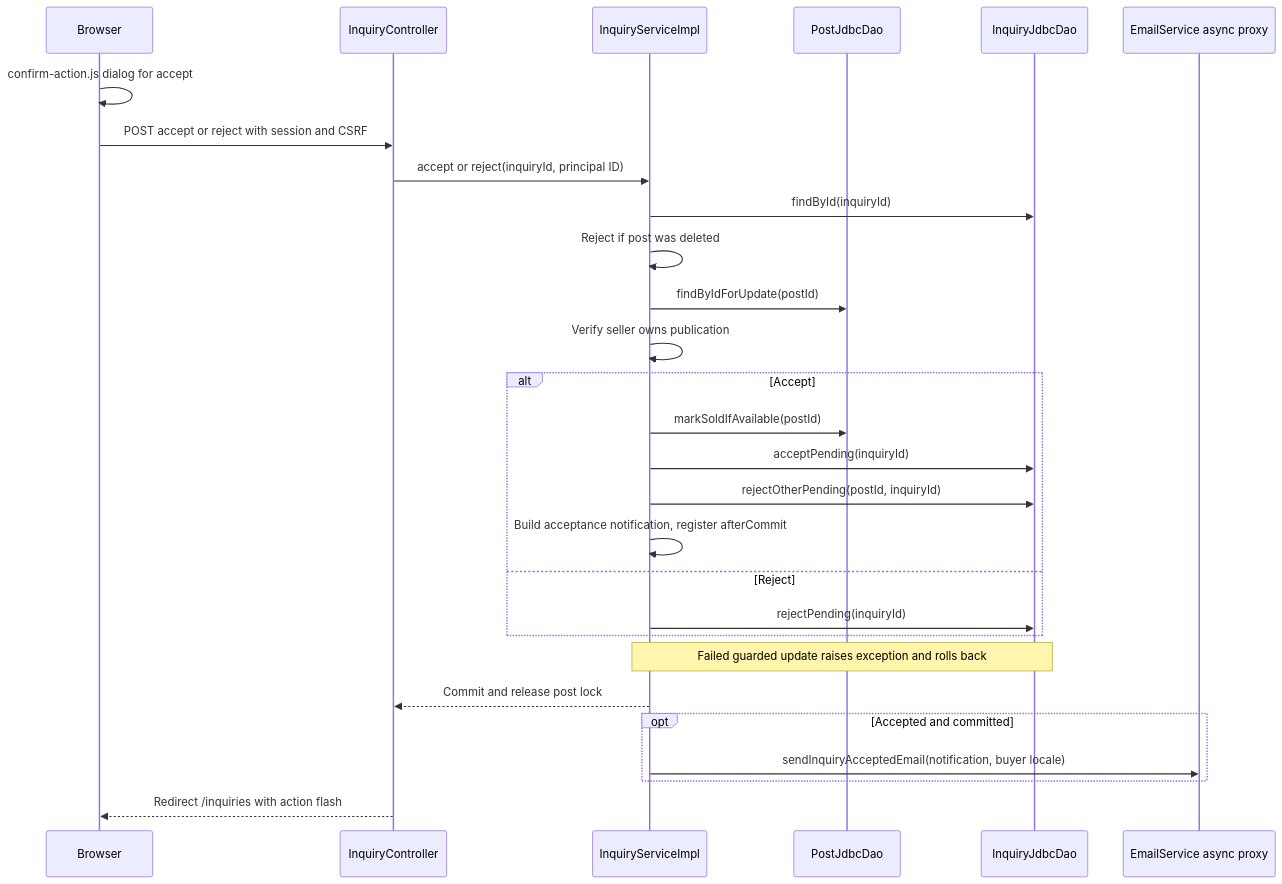
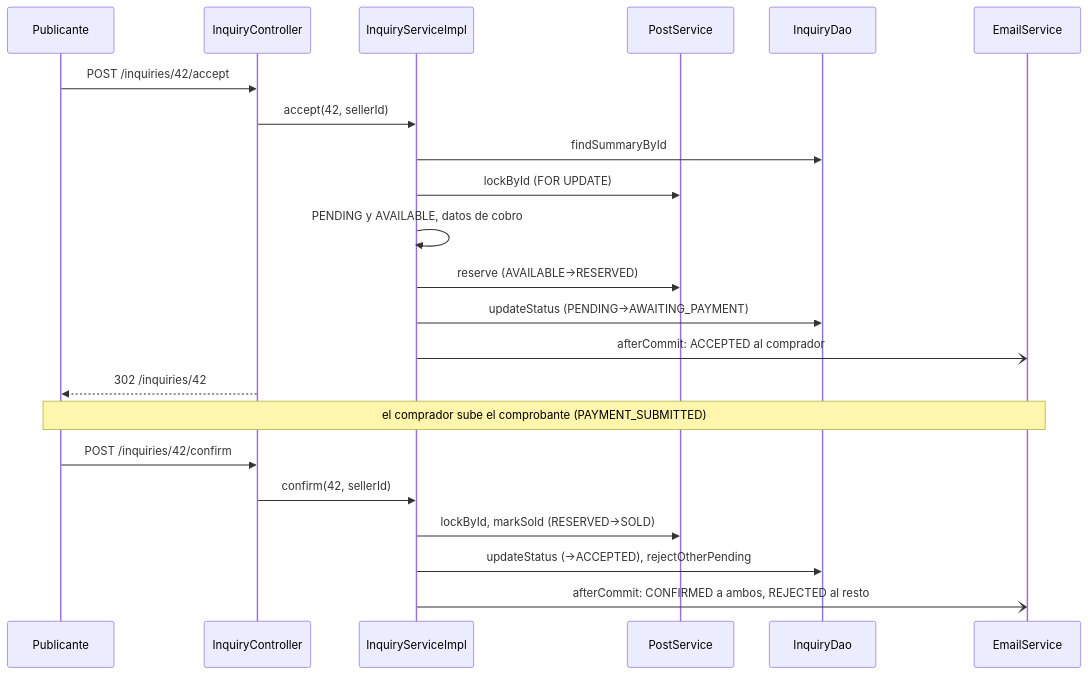
The second of 2 diagrams in Inquiry and sale flow.md (BautistaPessagno/PAW_Vault), drawn with Mermaid before and after one commit. The commit also changed other lines of this file and 353 other files, not shown here.

````diff
--- a/Inquiry and sale flow.md
+++ b/Inquiry and sale flow.md
@@ -21,30 +109,24 @@
 ```mermaid
 sequenceDiagram
-    participant B as Browser
+    participant V as Publicante
     participant C as InquiryController
     participant S as InquiryServiceImpl
-    participant P as PostJdbcDao
-    participant I as InquiryJdbcDao
-    participant E as EmailService async proxy
-    B->>B: confirm-action.js dialog for accept
-    B->>C: POST accept or reject with session and CSRF
-    C->>S: accept or reject(inquiryId, principal ID)
-    S->>I: findById(inquiryId)
-    S->>S: Reject if post was deleted
-    S->>P: findByIdForUpdate(postId)
-    S->>S: Verify seller owns publication
-    alt Accept
-        S->>P: markSoldIfAvailable(postId)
-        S->>I: acceptPending(inquiryId)
-        S->>I: rejectOtherPending(postId, inquiryId)
-        S->>S: Build acceptance notification, register afterCommit
-    else Reject
-        S->>I: rejectPending(inquiryId)
-    end
-    Note over S,I: Failed guarded update raises exception and rolls back
-    S-->>C: Commit and release post lock
-    opt Accepted and committed
-        S->>E: sendInquiryAcceptedEmail(notification, buyer locale)
-    end
-    C-->>B: Redirect /inquiries with action flash
+    participant P as PostService
+    participant D as InquiryDao
+    participant M as EmailService
+    V->>C: POST /inquiries/42/accept
+    C->>S: accept(42, sellerId)
+    S->>D: findSummaryById
+    S->>P: lockById (FOR UPDATE)
+    S->>S: PENDING y AVAILABLE, datos de cobro
+    S->>P: reserve (AVAILABLE→RESERVED)
+    S->>D: updateStatus (PENDING→AWAITING_PAYMENT)
+    S-)M: afterCommit: ACCEPTED al comprador
+    C-->>V: 302 /inquiries/42
+    Note over V,M: el comprador sube el comprobante (PAYMENT_SUBMITTED)
+    V->>C: POST /inquiries/42/confirm
+    C->>S: confirm(42, sellerId)
+    S->>P: lockById, markSold (RESERVED→SOLD)
+    S->>D: updateStatus (→ACCEPTED), rejectOtherPending
+    S-)M: afterCommit: CONFIRMED a ambos, REJECTED al resto
 ```
````
